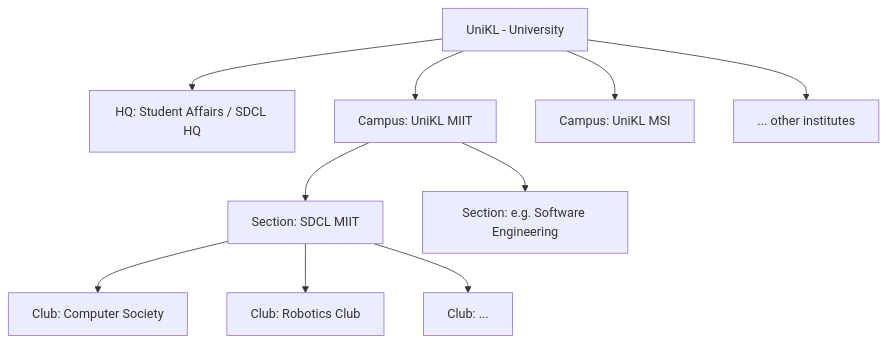
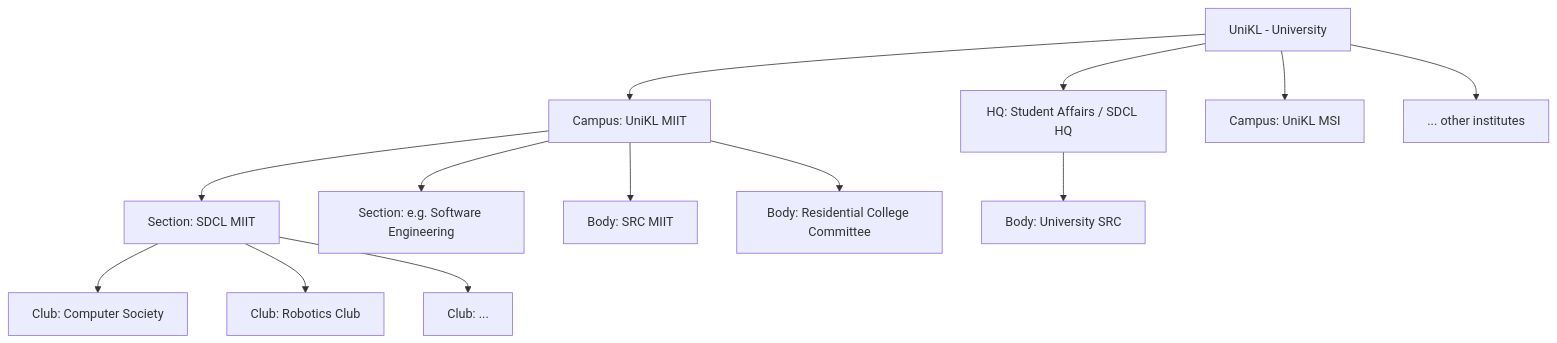
The diagram in docs/club-system/PLAN.md (jijo-jiji/unipact-mvp), drawn with Mermaid before and after one commit. The commit also changed other lines of this file, not shown here.

````diff
--- a/docs/club-system/PLAN.md
+++ b/docs/club-system/PLAN.md
@@ -118,12 +153,15 @@
 ```mermaid
 graph TD
     U[UniKL - University] --> HQ[HQ: Student Affairs / SDCL HQ]
     U --> MIIT[Campus: UniKL MIIT]
     U --> MSI[Campus: UniKL MSI]
     U --> ETC[... other institutes]
     MIIT --> SDCL[Section: SDCL MIIT]
     MIIT --> SEC[Section: e.g. Software Engineering]
     SDCL --> C1[Club: Computer Society]
     SDCL --> C2[Club: Robotics Club]
     SDCL --> C3[Club: ...]
+    MIIT --> SRC[Body: SRC MIIT]
+    MIIT --> RCC[Body: Residential College Committee]
+    HQ --> USRC[Body: University SRC]
 ```
````
